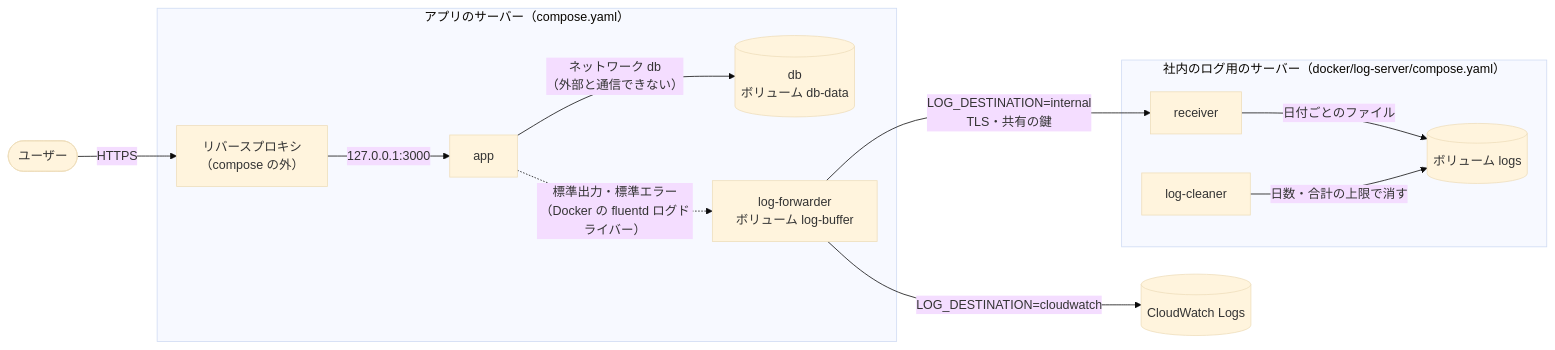
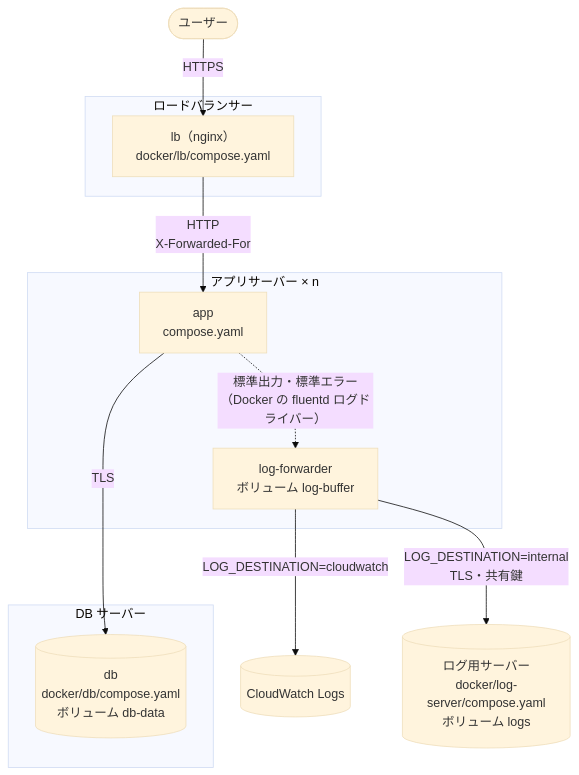
Before and after one commit to bizhermit/sugumi: the diagram in README.md, drawn with Mermaid (base theme). The commit also changed other lines of this file and 56 other files, not shown here.

````diff
--- a/README.md
+++ b/README.md
@@ -38,18 +58,25 @@
 ```mermaid
-flowchart LR
-  user(["ユーザー"]) -->|"HTTPS"| proxy
+flowchart TB
+  user(["ユーザー"]) -->|"HTTPS"| lb
 
-  subgraph appserver["アプリのサーバー（compose.yaml）"]
-    proxy["リバースプロキシ<br>（compose の外）"] -->|"127.0.0.1:3000"| app["app"]
-    app -->|"ネットワーク db<br>（外部と通信できない）"| db[("db<br>ボリューム db-data")]
+  subgraph lbserver["ロードバランサー"]
+    lb["lb（nginx）<br>docker/lb/compose.yaml"]
+  end
+
+  lb -->|"HTTP<br>X-Forwarded-For"| app
+
+  subgraph appserver["アプリサーバー × n"]
+    app["app<br>compose.yaml"]
     app -.->|"標準出力・標準エラー<br>（Docker の fluentd ログドライバー）"| fwd["log-forwarder<br>ボリューム log-buffer"]
   end
 
+  app -->|"TLS"| db
+  fwd ~~~ db
+
+  subgraph dbserver["DB サーバー"]
+    db[("db<br>docker/db/compose.yaml<br>ボリューム db-data")]
+  end
+
   fwd -->|"LOG_DESTINATION=cloudwatch"| cw[("CloudWatch Logs")]
-  fwd -->|"LOG_DESTINATION=internal<br>TLS・共有の鍵"| receiver
-
-  subgraph logserver["社内のログ用のサーバー（docker/log-server/compose.yaml）"]
-    receiver["receiver"] -->|"日付ごとのファイル"| logs[("ボリューム logs")]
-    cleaner["log-cleaner"] -->|"日数・合計の上限で消す"| logs
-  end
+  fwd -->|"LOG_DESTINATION=internal<br>TLS・共有鍵"| logserver[("ログ用サーバー<br>docker/log-server/compose.yaml<br>ボリューム logs")]
 ```
````
